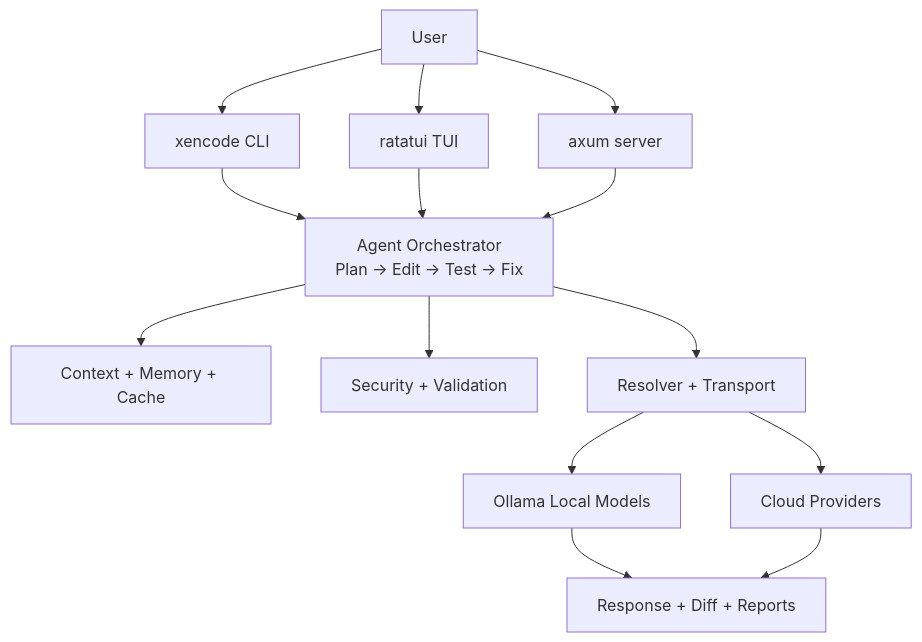
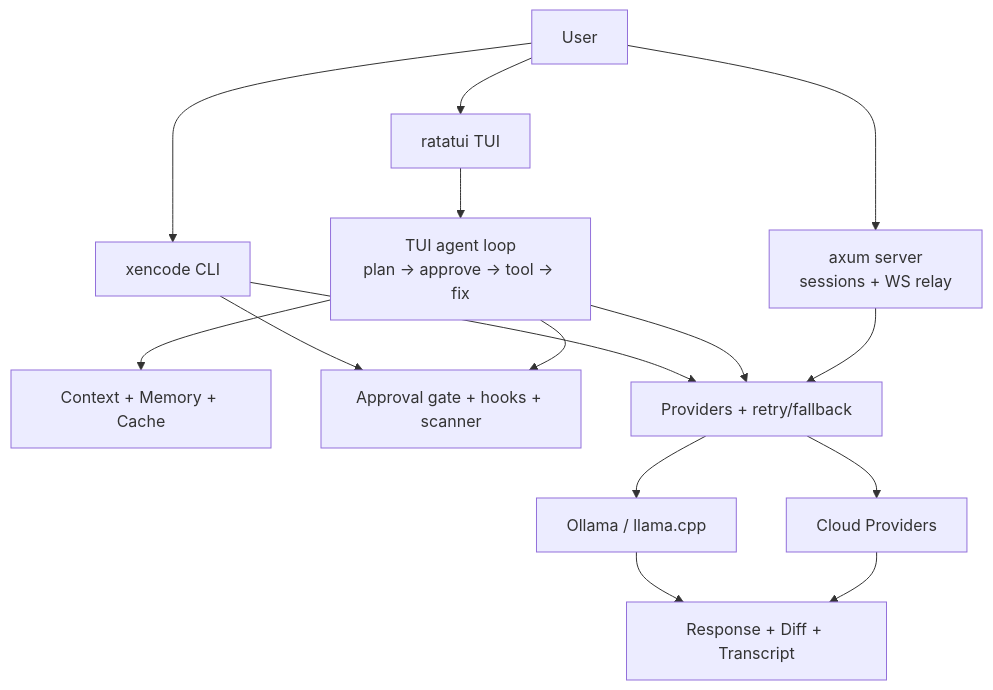
The first of 2 diagrams in README.md (sreevarshan-xenoz/xencode), drawn with Mermaid before and after one commit. The commit also changed other lines of this file and 10 other files, not shown here.

````diff
--- a/README.md
+++ b/README.md
@@ -254,31 +269,31 @@
 ```mermaid
 flowchart TD
     U[User]
     CLI[xencode CLI]
     TUI[ratatui TUI]
-    API[axum server]
+    API[axum server\nsessions + WS relay]
 
-    ORCH[Agent Orchestrator\nPlan -> Edit -> Test -> Fix]
+    ORCH[TUI agent loop\nplan -> approve -> tool -> fix]
     CTX[Context + Memory + Cache]
-    SAFE[Security + Validation]
-    RES[Resolver + Transport]
-    LOCAL[Ollama Local Models]
+    SAFE[Approval gate + hooks + scanner]
+    RES[Providers + retry/fallback]
+    LOCAL[Ollama / llama.cpp]
     CLOUD[Cloud Providers]
-    OUT[Response + Diff + Reports]
+    OUT[Response + Diff + Transcript]
 
     U --> CLI
     U --> TUI
     U --> API
 
-    CLI --> ORCH
+    CLI --> RES
+    CLI --> SAFE
     TUI --> ORCH
-    API --> ORCH
-
     ORCH --> CTX
     ORCH --> SAFE
     ORCH --> RES
+    API --> RES
     RES --> LOCAL
     RES --> CLOUD
     LOCAL --> OUT
     CLOUD --> OUT
 ```
````
